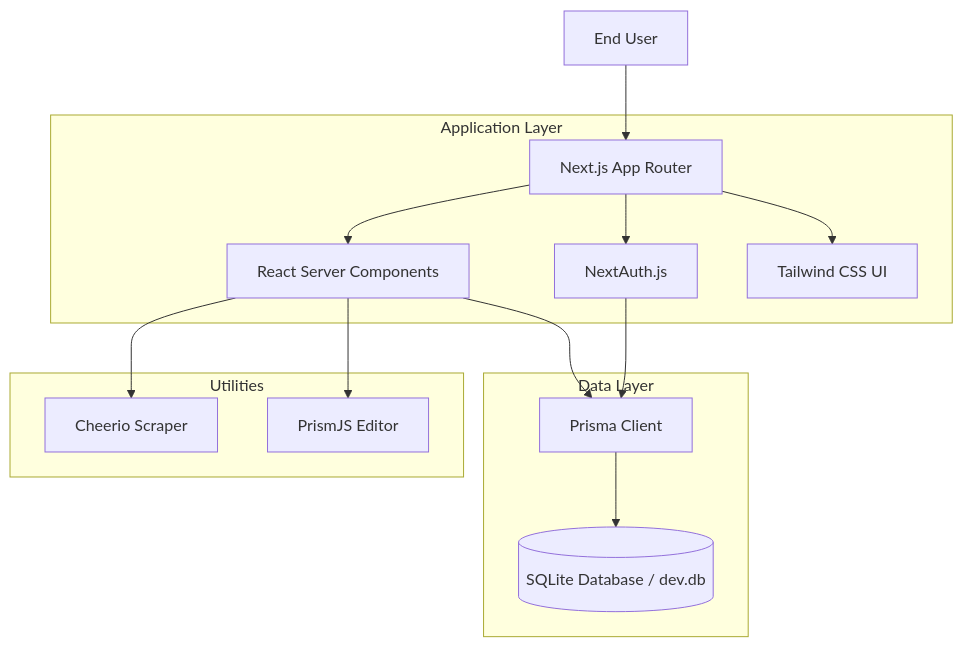
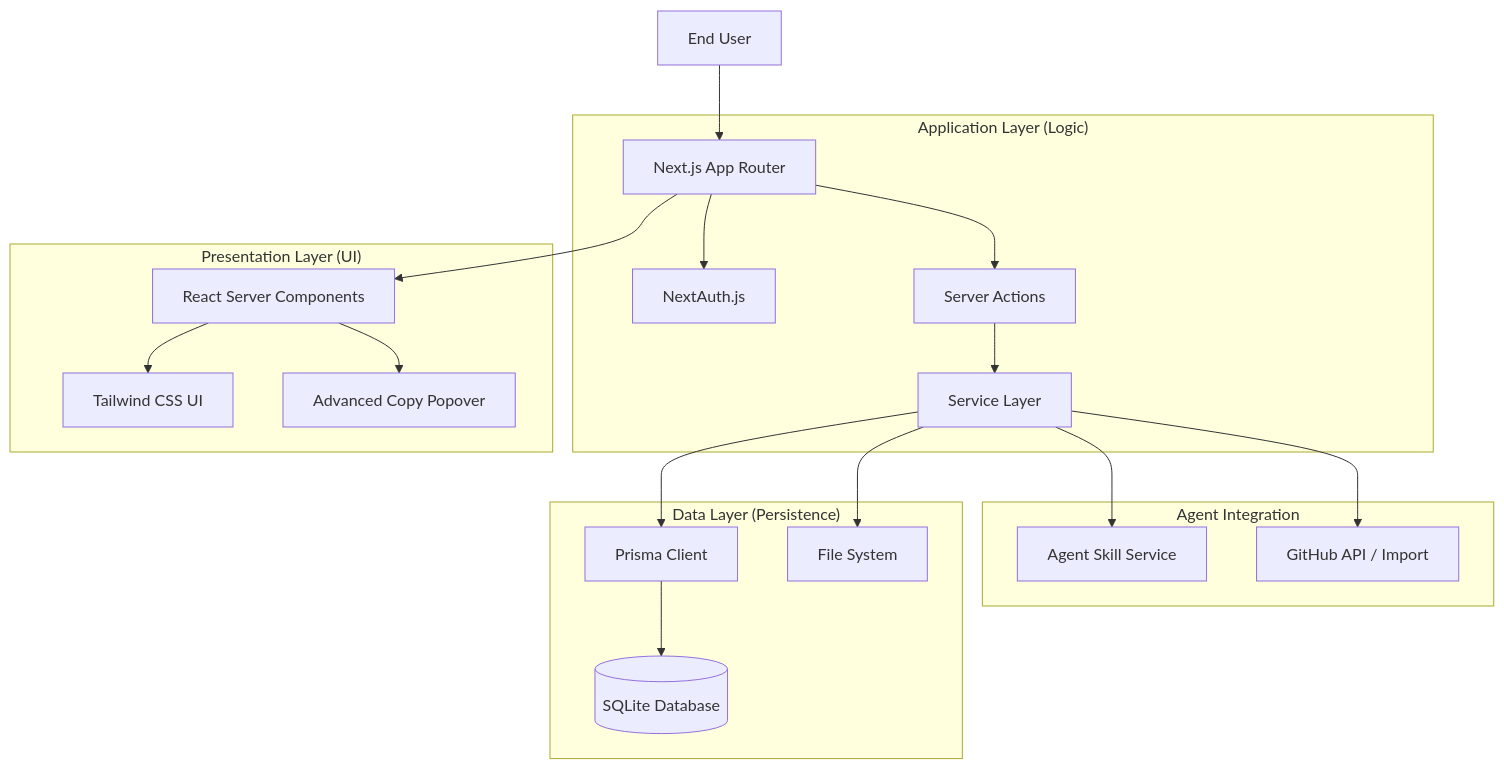
The third of 3 diagrams in docs/technical/TECHNICAL_REFERENCE.md (jovd83/prompthive), drawn with Mermaid before and after one commit. The commit also changed other lines of this file and 98 other files, not shown here.

Commit message:
feat: release 4.0.1 - Agent Integration, Advanced Copy, and Source-of-Truth Policy

````diff
--- a/docs/technical/TECHNICAL_REFERENCE.md
+++ b/docs/technical/TECHNICAL_REFERENCE.md
@@ -347,21 +428,27 @@
 ```mermaid
 graph TD
     User[End User] --> NextJS[Next.js App Router]
-    
-    subgraph "Application Layer"
+
+    subgraph "Application Layer (Logic)"
         NextJS --> Auth[NextAuth.js]
-        NextJS --> Components[React Server Components]
-        NextJS --> Tailwind[Tailwind CSS UI]
+        NextJS --> Actions[Server Actions]
+        Actions --> Services[Service Layer]
     end
 
-    subgraph "Data Layer"
-        Components --> Prisma[Prisma Client]
-        Auth --> Prisma
-        Prisma --> SQLite[(SQLite Database / dev.db)]
+    subgraph "Agent Integration"
+        Services --> Skills[Agent Skill Service]
+        Services --> GitHub[GitHub API / Import]
     end
 
-    subgraph "Utilities"
-        Components --> Cheerio[Cheerio Scraper]
-        Components --> Editor[PrismJS Editor]
+    subgraph "Data Layer (Persistence)"
+        Services --> Prisma[Prisma Client]
+        Prisma --> SQLite[(SQLite Database)]
+        Services --> FS[File System]
+    end
+
+    subgraph "Presentation Layer (UI)"
+        NextJS --> Components[React Server Components]
+        Components --> Tailwind[Tailwind CSS UI]
+        Components --> AdvancedCopy[Advanced Copy Popover]
     end
 ```
````
